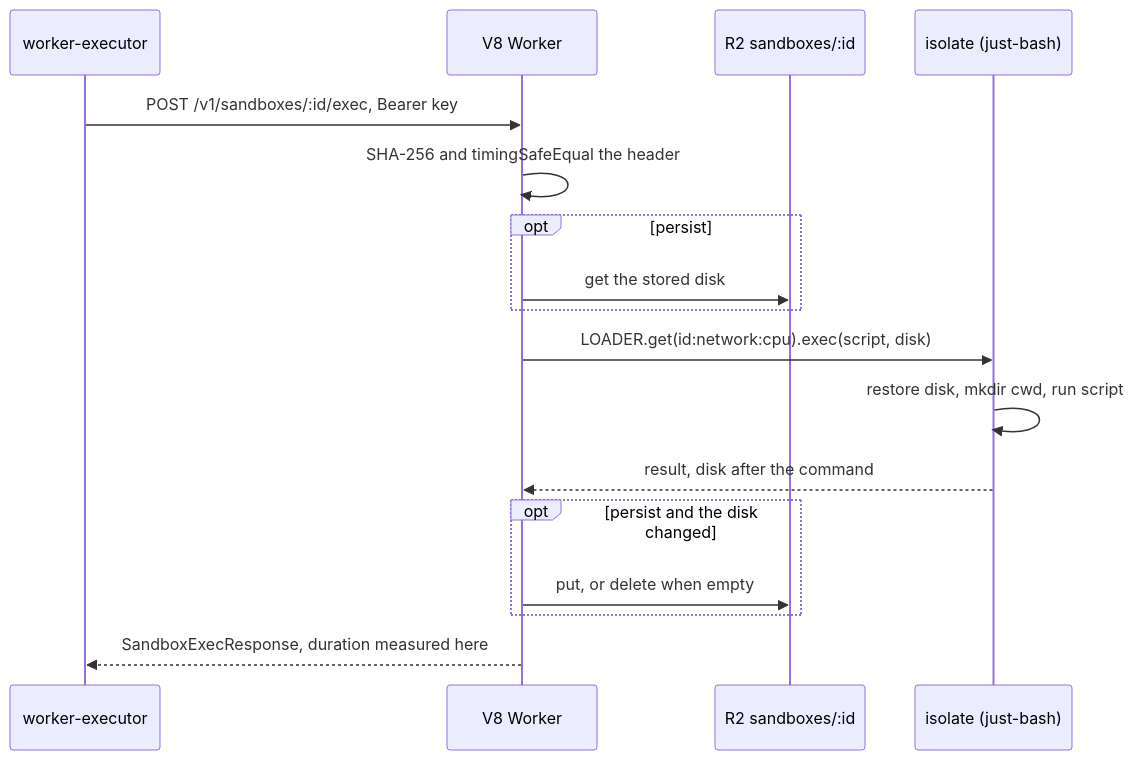
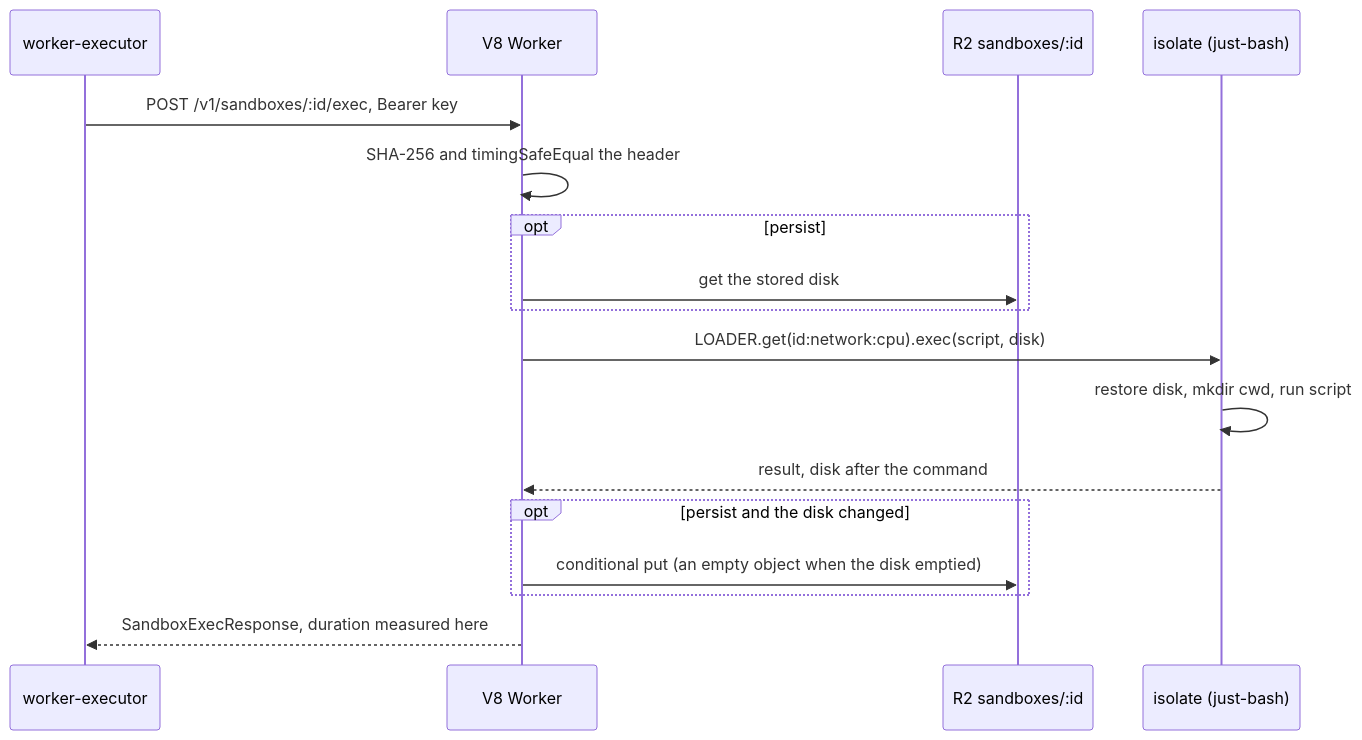
Diagram 18 of 22 in apps/docs/docs/internals/sandboxes.md (beeblastco/broods), drawn with Mermaid before and after one commit. The commit also changed 3 other files, not shown here.

````diff
--- a/apps/docs/docs/internals/sandboxes.md
+++ b/apps/docs/docs/internals/sandboxes.md
@@ -547,20 +547,20 @@
 ```mermaid
 sequenceDiagram
   participant E as worker-executor
   participant W as V8 Worker
   participant R2 as R2 sandboxes/:id
   participant I as isolate (just-bash)
 
   E->>W: POST /v1/sandboxes/:id/exec, Bearer key
   W->>W: SHA-256 and timingSafeEqual the header
   opt persist
     W->>R2: get the stored disk
   end
   W->>I: LOADER.get(id:network:cpu).exec(script, disk)
   I->>I: restore disk, mkdir cwd, run script
   I-->>W: result, disk after the command
   opt persist and the disk changed
-    W->>R2: put, or delete when empty
+    W->>R2: conditional put (an empty object when the disk emptied)
   end
   W-->>E: SandboxExecResponse, duration measured here
 ```
````
